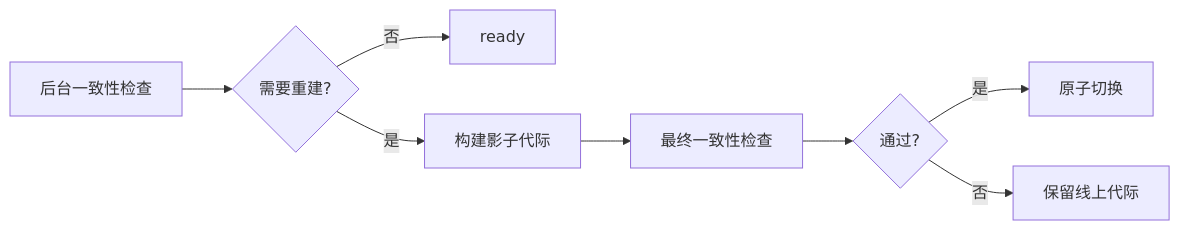
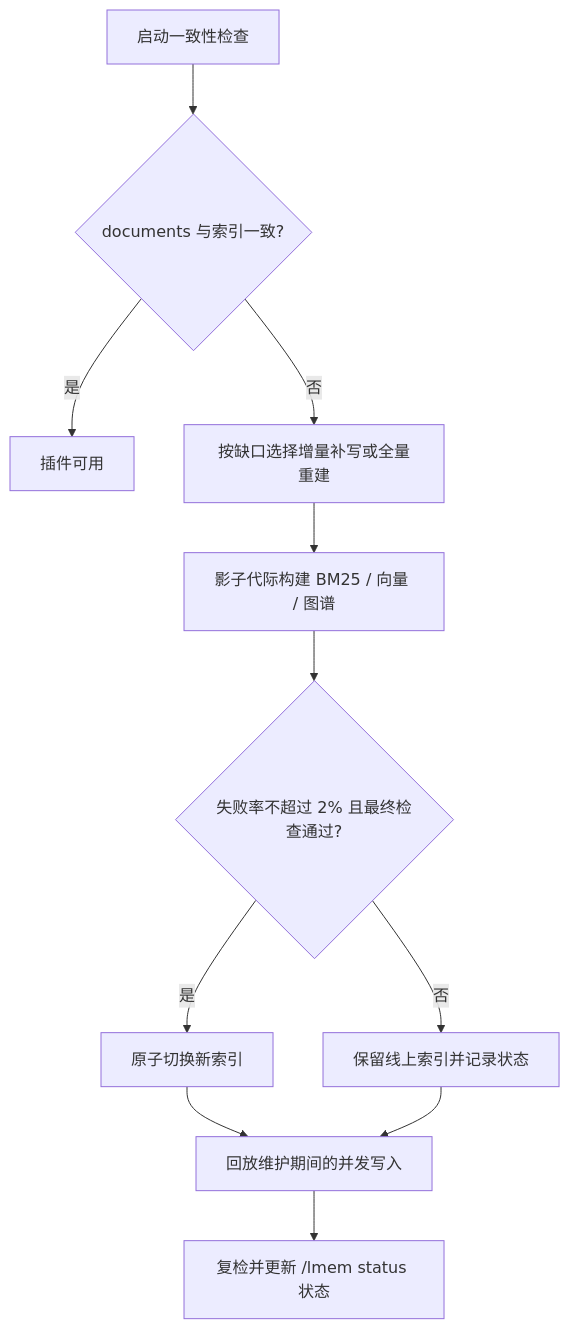
Before and after one commit to lxfight-s-Astrbot-Plugins/astrbot_plugin_livingmemory: the fourth of 4 diagrams in docs/architecture.md, drawn with Mermaid. The commit also changed other lines of this file and 4 other files, not shown here.

First line of the commit message:
docs(architecture): rewrite the deep dive and replace the static diagram with interactive Mermaid flows

````diff
--- a/docs/architecture.md
+++ b/docs/architecture.md
@@ -60,10 +165,13 @@
 ```mermaid
-flowchart LR
-    A[后台一致性检查] --> B{需要重建?}
-    B -- 否 --> C[ready]
-    B -- 是 --> D[构建影子代际]
-    D --> E[最终一致性检查]
-    E --> F{通过?}
-    F -- 是 --> G[原子切换]
-    F -- 否 --> H[保留线上代际]
+flowchart TB
+    A["启动一致性检查"] --> B{"documents 与索引一致?"}
+    B -->|"是"| C["插件可用"]
+    B -->|"否"| D["按缺口选择增量补写或全量重建"]
+    D --> E["影子代际构建 BM25 / 向量 / 图谱"]
+    E --> F{"失败率不超过 2% 且最终检查通过?"}
+    F -->|"是"| G["原子切换新索引"]
+    F -->|"否"| H["保留线上索引并记录状态"]
+    G --> I["回放维护期间的并发写入"]
+    H --> I
+    I --> J["复检并更新 /lmem status 状态"]
 ```
````
